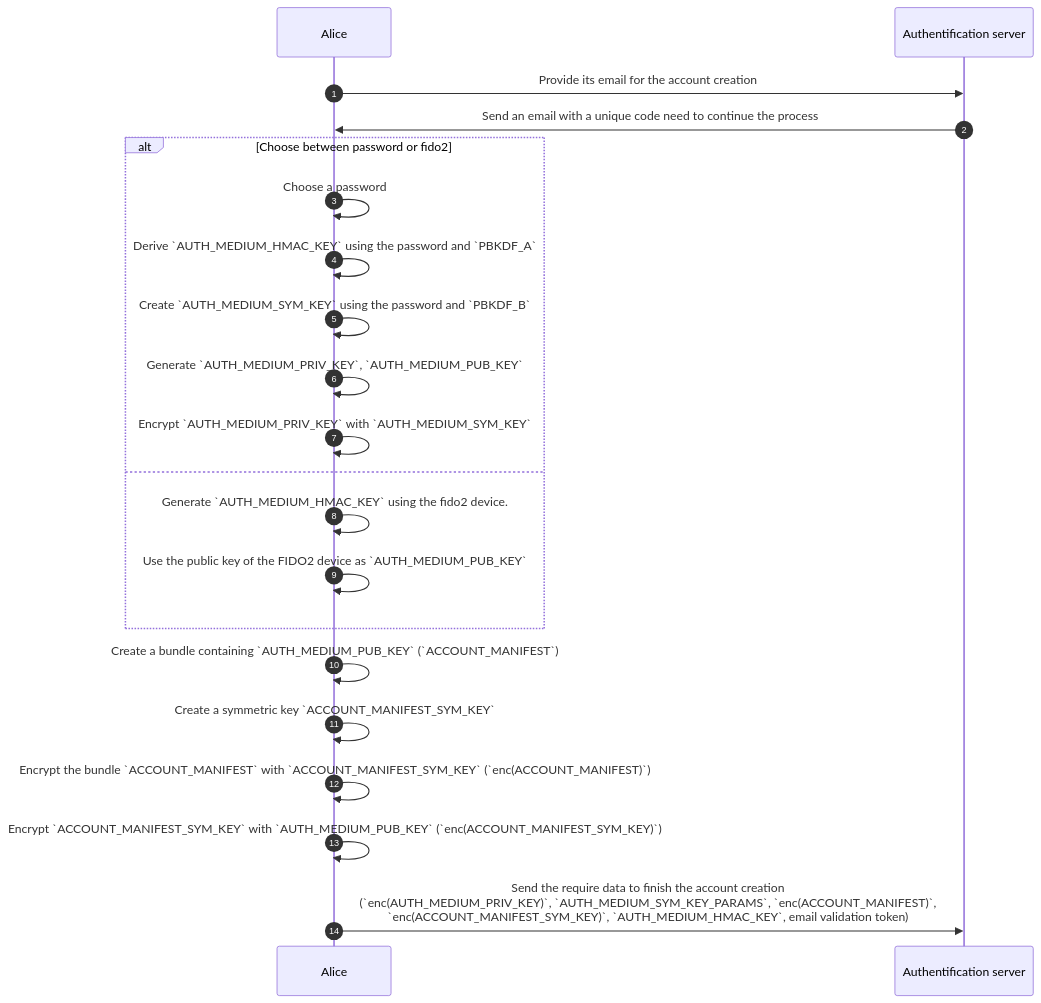
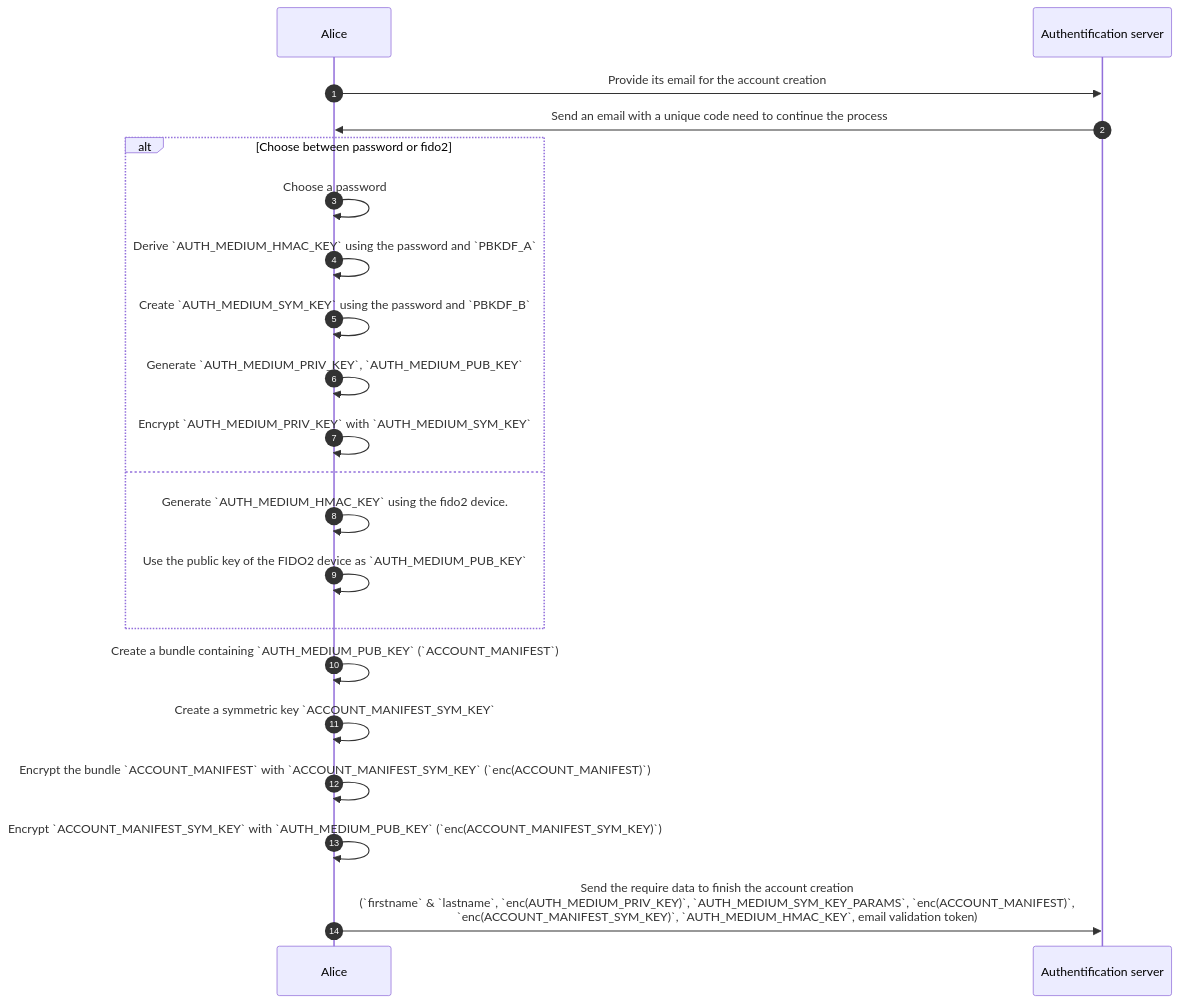
Before and after one commit to Scille/parsec-cloud: the second of 8 diagrams in docs/rfcs/1012-parsec-auth.md, drawn with Mermaid.

Commit message:
fixup! feat(rfc): Add RFC Parsec auth

````diff
--- a/docs/rfcs/1012-parsec-auth.md
+++ b/docs/rfcs/1012-parsec-auth.md
@@ -107,25 +107,25 @@
 ```mermaid
 sequenceDiagram
   autonumber
   participant Alice
   participant S as Authentification server
 
   Alice ->> S: Provide its email for the account creation
   S ->> Alice: Send an email with a unique code need to continue the process
   alt Choose between password or fido2
     Alice ->> Alice: Choose a password
     Alice ->> Alice: Derive `AUTH_MEDIUM_HMAC_KEY` using the password and `PBKDF_A`
     Alice ->> Alice: Create `AUTH_MEDIUM_SYM_KEY` using the password and `PBKDF_B`
     Alice ->> Alice: Generate `AUTH_MEDIUM_PRIV_KEY`, `AUTH_MEDIUM_PUB_KEY`
     Alice ->> Alice: Encrypt `AUTH_MEDIUM_PRIV_KEY` with `AUTH_MEDIUM_SYM_KEY`
   else
     Alice ->> Alice: Generate `AUTH_MEDIUM_HMAC_KEY` using the fido2 device.
     Alice ->> Alice: Use the public key of the FIDO2 device as `AUTH_MEDIUM_PUB_KEY`
   end
 
   Alice ->> Alice: Create a bundle containing `AUTH_MEDIUM_PUB_KEY` (`ACCOUNT_MANIFEST`)
   Alice ->> Alice: Create a symmetric key `ACCOUNT_MANIFEST_SYM_KEY`
   Alice ->> Alice: Encrypt the bundle `ACCOUNT_MANIFEST` with `ACCOUNT_MANIFEST_SYM_KEY` (`enc(ACCOUNT_MANIFEST)`)
   Alice ->> Alice: Encrypt `ACCOUNT_MANIFEST_SYM_KEY` with `AUTH_MEDIUM_PUB_KEY` (`enc(ACCOUNT_MANIFEST_SYM_KEY)`)
-  Alice ->> S: Send the require data to finish the account creation<br>(`enc(AUTH_MEDIUM_PRIV_KEY)`, `AUTH_MEDIUM_SYM_KEY_PARAMS`, `enc(ACCOUNT_MANIFEST)`,<br>`enc(ACCOUNT_MANIFEST_SYM_KEY)`, `AUTH_MEDIUM_HMAC_KEY`, email validation token)
+  Alice ->> S: Send the require data to finish the account creation<br>(`firstname` & `lastname`, `enc(AUTH_MEDIUM_PRIV_KEY)`, `AUTH_MEDIUM_SYM_KEY_PARAMS`, `enc(ACCOUNT_MANIFEST)`,<br>`enc(ACCOUNT_MANIFEST_SYM_KEY)`, `AUTH_MEDIUM_HMAC_KEY`, email validation token)
 ```
````
